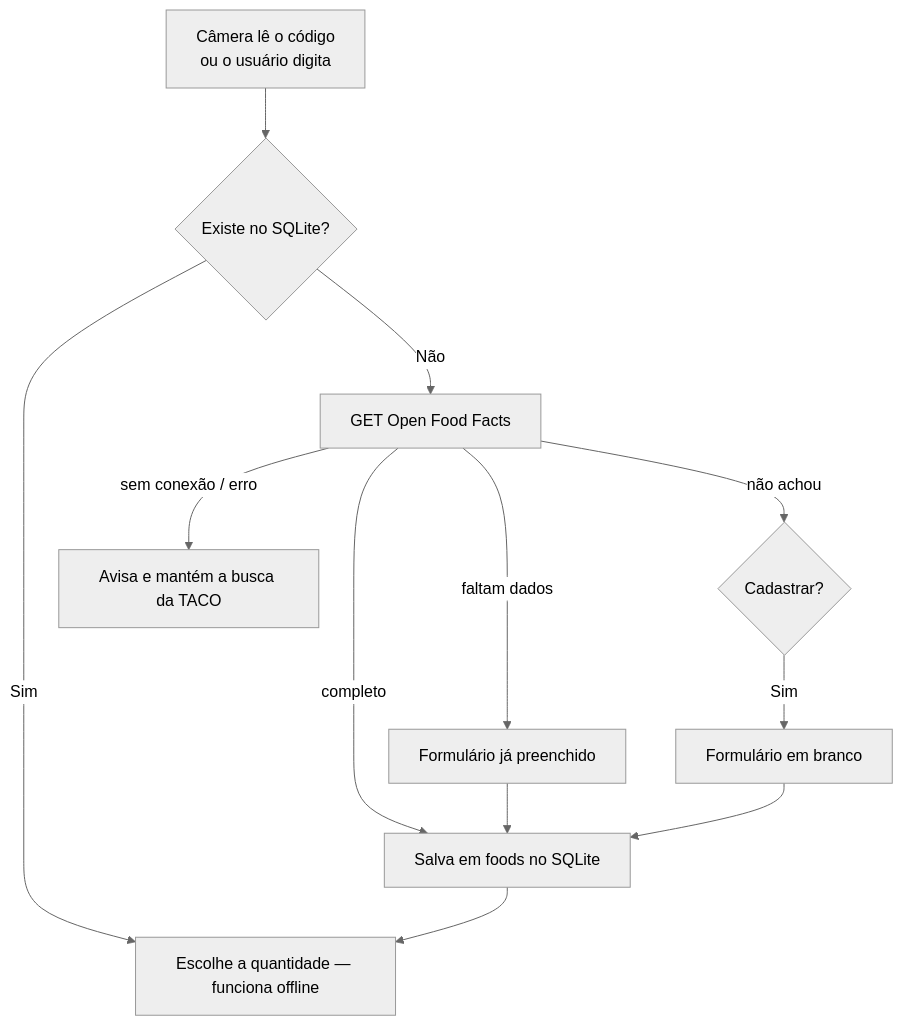
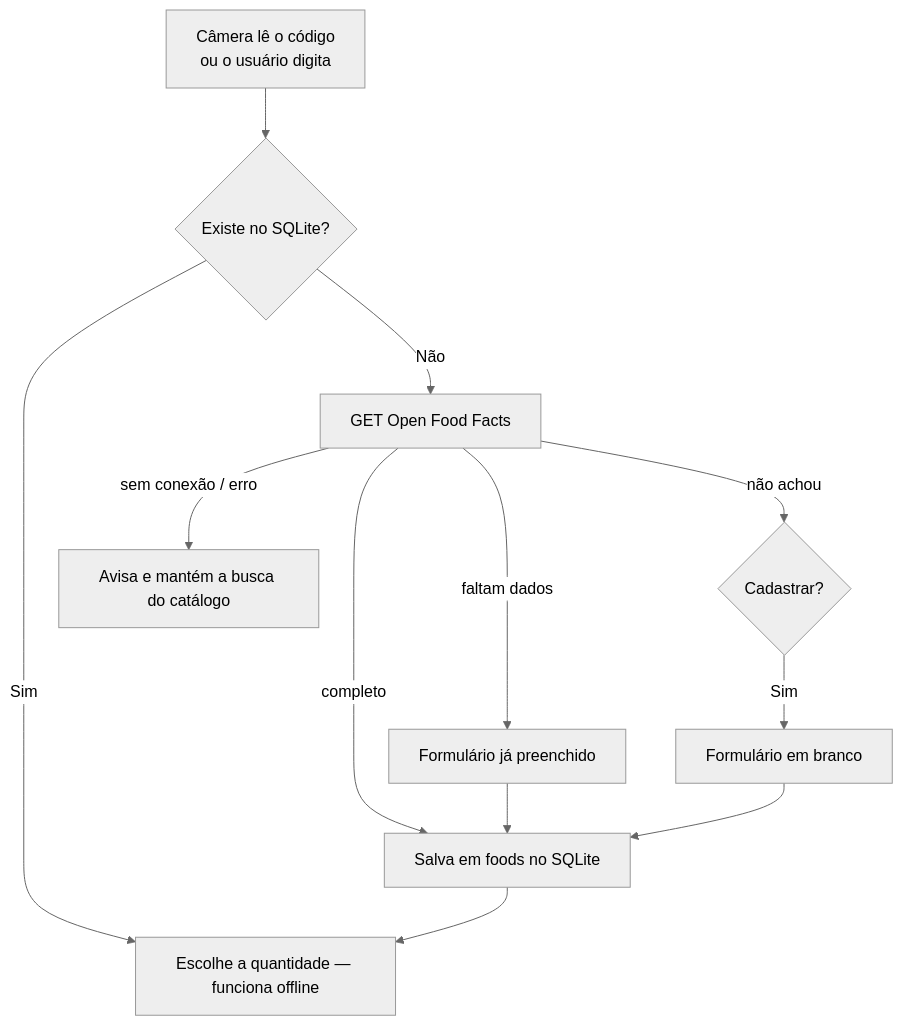
Before and after one commit to Gabrielvsiqueira/Oz_food_diary: the fourth of 4 diagrams in docs/arquitetura.md, drawn with Mermaid (neutral theme). The commit also changed other lines of this file and 1 other file, not shown here.

````diff
--- a/docs/arquitetura.md
+++ b/docs/arquitetura.md
@@ -440,13 +472,13 @@
 ```mermaid
 flowchart TD
     Scan[Câmera lê o código<br/>ou o usuário digita] --> Local{Existe no SQLite?}
     Local -->|Sim| Show[Escolhe a quantidade — funciona offline]
     Local -->|Não| OFF[GET Open Food Facts]
-    OFF -->|sem conexão / erro| Msg[Avisa e mantém a busca da TACO]
+    OFF -->|sem conexão / erro| Msg[Avisa e mantém a busca do catálogo]
     OFF -->|completo| Save[Salva em foods no SQLite] --> Show
     OFF -->|faltam dados| Form[Formulário já preenchido]
     OFF -->|não achou| Ask{Cadastrar?}
     Ask -->|Sim| Blank[Formulário em branco]
     Form --> Save
     Blank --> Save
 ```
````
